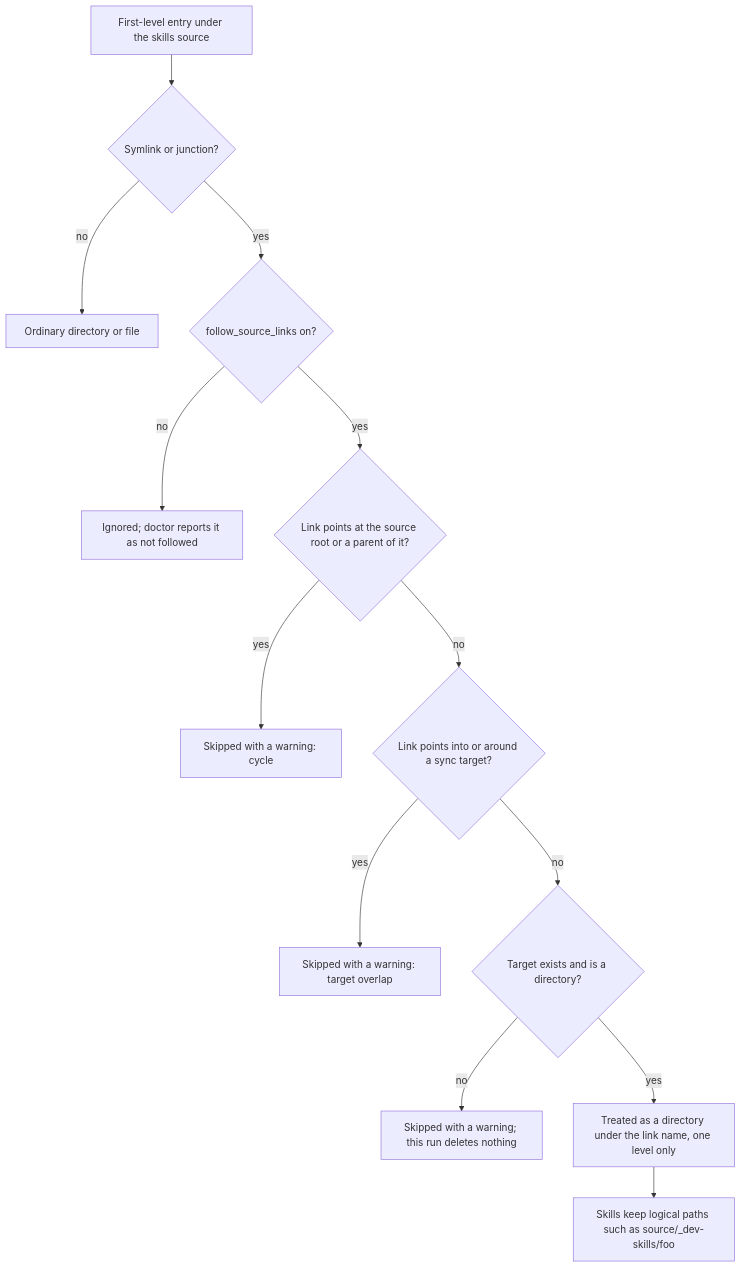
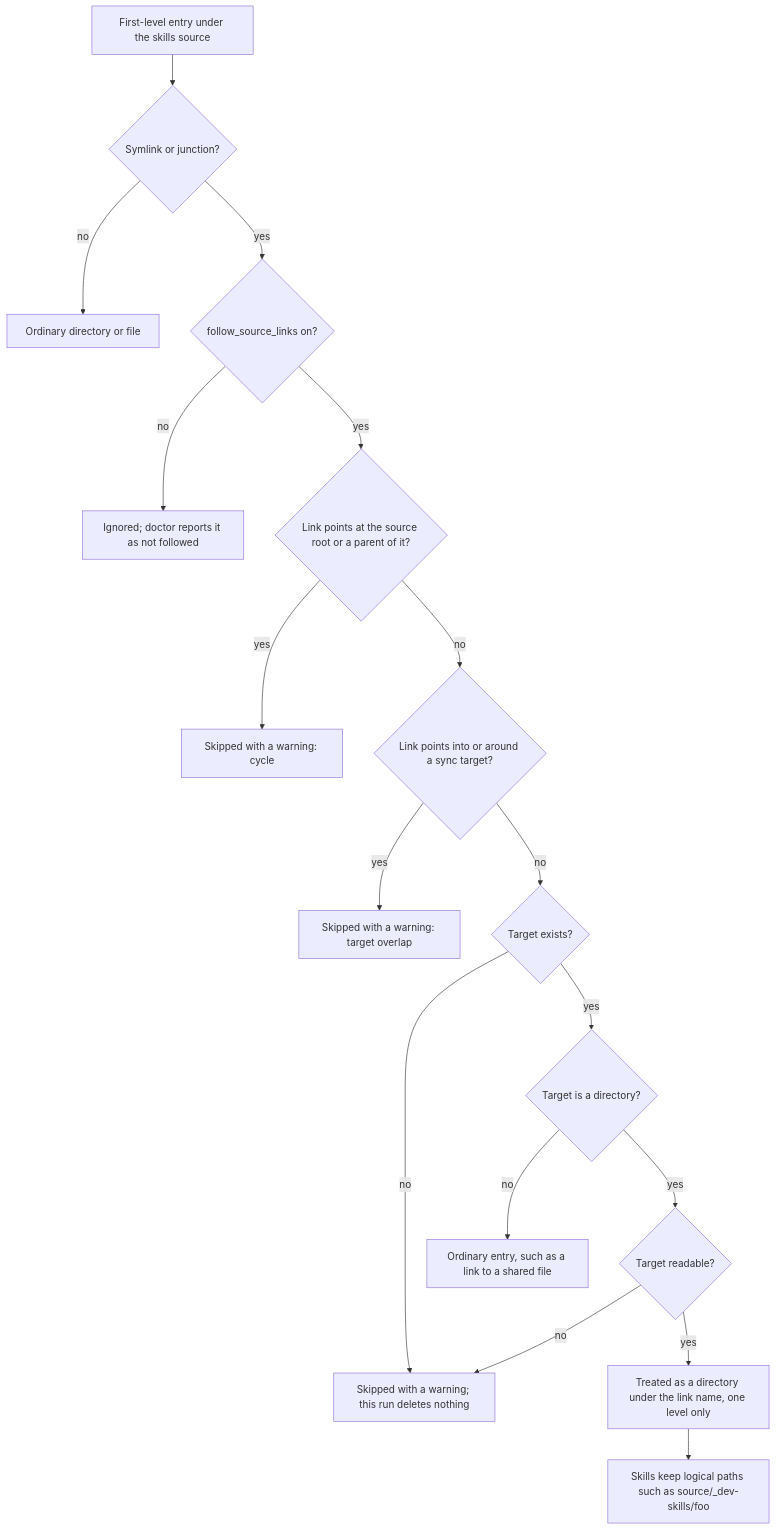
Before and after one commit to c10vis-poem/enforce-skillshare-discipline-: the diagram in website/docs/reference/targets/configuration.md, drawn with Mermaid. The commit also changed other lines of this file and 3 other files, not shown here.

````diff
--- a/website/docs/reference/targets/configuration.md
+++ b/website/docs/reference/targets/configuration.md
@@ -197,15 +198,19 @@
 ```mermaid
 flowchart TD
     A[First-level entry under the skills source] --> B{Symlink or junction?}
     B -- no --> C[Ordinary directory or file]
     B -- yes --> D{follow_source_links on?}
     D -- no --> E[Ignored; doctor reports it as not followed]
     D -- yes --> H{Link points at the source root or a parent of it?}
     H -- yes --> I[Skipped with a warning: cycle]
     H -- no --> J{Link points into or around a sync target?}
     J -- yes --> K[Skipped with a warning: target overlap]
-    J -- no --> F{Target exists and is a directory?}
+    J -- no --> F{Target exists?}
     F -- no --> G[Skipped with a warning; this run deletes nothing]
-    F -- yes --> L[Treated as a directory under the link name, one level only]
+    F -- yes --> N{Target is a directory?}
+    N -- no --> O[Ordinary entry, such as a link to a shared file]
+    N -- yes --> R{Target readable?}
+    R -- no --> G
+    R -- yes --> L[Treated as a directory under the link name, one level only]
     L --> M[Skills keep logical paths such as source/_dev-skills/foo]
 ```
````
